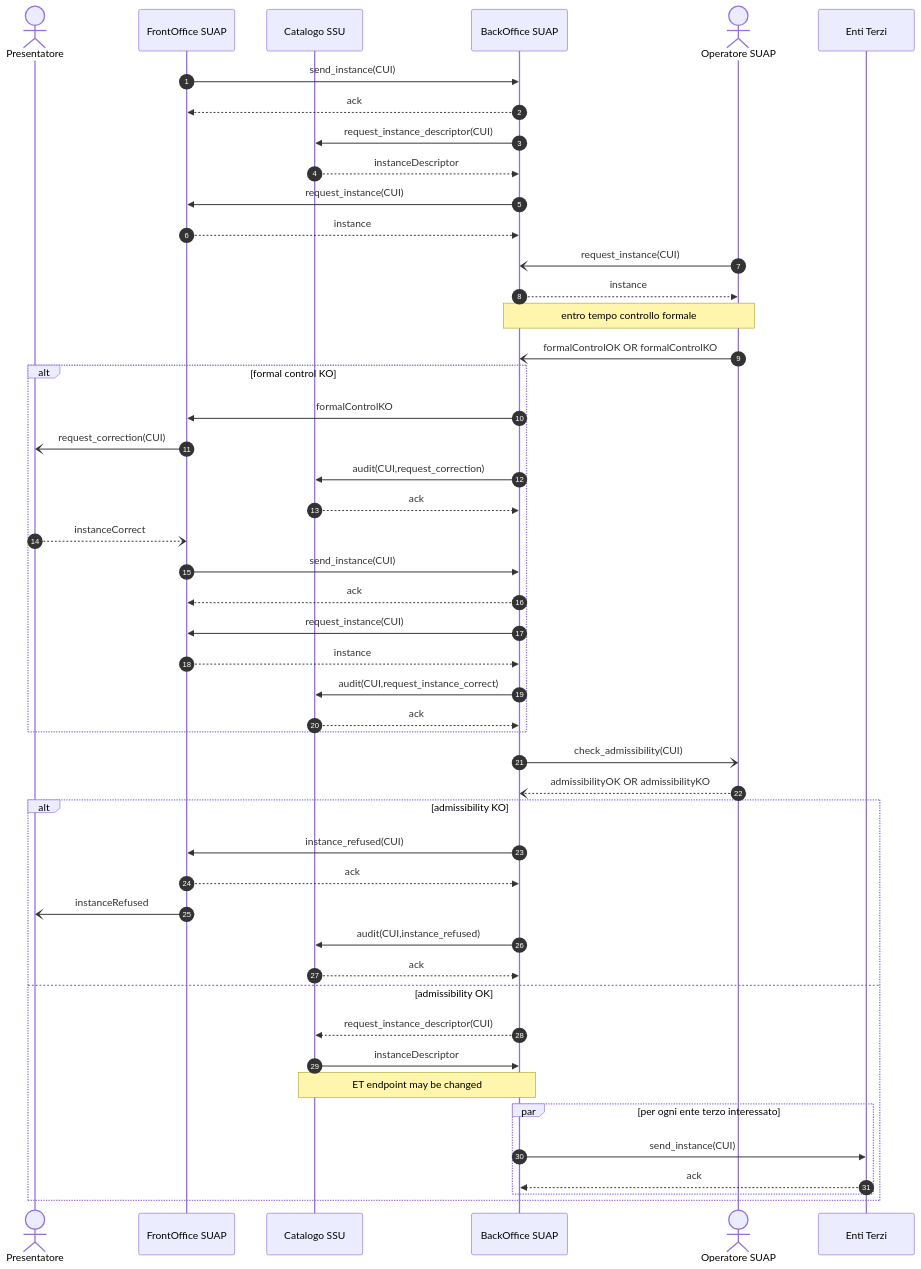
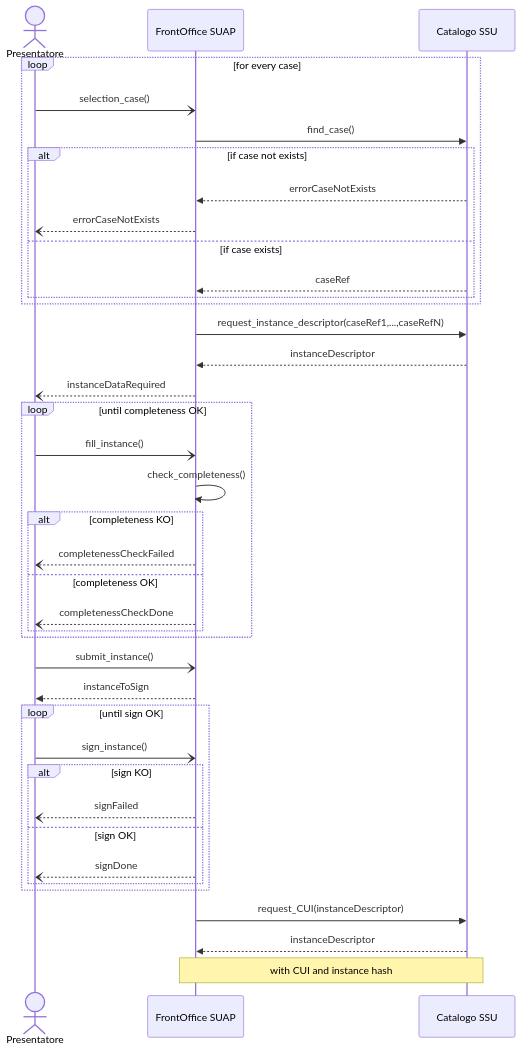
Before and after one commit to AgID/suap-gt-specifiche: the diagram in to_interoperabilita/sequence-diagram/General-001.mermaid, drawn with Mermaid. The commit also changed other lines of this file, not shown here.

Commit message:
fix content of Genaral-001.mermaid

```diff
--- a/to_interoperabilita/sequence-diagram/General-001.mermaid
+++ b/to_interoperabilita/sequence-diagram/General-001.mermaid
@@ -1,57 +1,46 @@
 sequenceDiagram
-    autonumber
+actor P as Presentatore
+participant F as FrontOffice SUAP
+participant C as Catalogo SSU   
 
-    actor P as Presentatore    
-    participant F as FrontOffice SUAP
-    participant C as Catalogo SSU    
-    participant B as BackOffice SUAP    
-    actor O as Operatore SUAP    
-    participant E as Enti Terzi    
- 
-    F ->> B: send_instance(CUI)
-    B -->> F: ack
-    B ->> C: request_instance_descriptor(CUI)
-    C -->> B: instanceDescriptor
-    B ->> F: request_instance(CUI)
-    F -->> B: instance
+    loop for every case
+     
+        P -) F: selection_case()     
+        F ->> C: find_case()
+        alt if case not exists
+            C -->> F: errorCaseNotExists
+            F --) P: errorCaseNotExists
+        else if case exists
+            C -->> F: caseRef
+            
+                         
+        end
+    end
+    F ->> C: request_instance_descriptor(caseRef1,...,caseRefN) 
+    C -->> F: instanceDescriptor
+    F --) P: instanceDataRequired
+  
+    loop  until completeness OK
+        P -) F:  fill_instance()
 
-    O -) B: request_instance(CUI)
-    B -->> O: instance
-    Note over B,O: entro tempo controllo formale
-    O -) B: formalControlOK OR formalControlKO
-
-    alt formal control KO
-        B ->> F: formalControlKO
-        F -) P: request_correction(CUI)
-        B ->> C: audit(CUI,request_correction)
-        C -->> B: ack
-        P --) F: instanceCorrect
-        F ->> B: send_instance(CUI)
-        B -->> F: ack
-        B ->> F: request_instance(CUI)
-        F -->> B: instance
-        B ->> C: audit(CUI,request_instance_correct)
-        C -->> B: ack            
+        F ->> F: check_completeness()
+        alt completeness KO
+            F --) P: completenessCheckFailed
+        else completeness OK
+            F --) P: completenessCheckDone
+        end
     end
-
-    B -) O: check_admissibility(CUI)
-    O --) B: admissibilityOK OR admissibilityKO
+    P -) F:  submit_instance()
+    F -->> P: instanceToSign
+    loop  until sign OK
+         P -) F:  sign_instance()
+         alt sign KO
+            F --) P: signFailed
+        else sign OK
+            F --) P: signDone
+        end
+    end
     
-    alt admissibility KO
-        B ->> F: instance_refused(CUI)
-        F -->> B: ack
-        F -) P: instanceRefused            
-        B ->> C: audit(CUI,instance_refused)
-        C -->> B: ack                        
-    else admissibility OK
-        B -->> C: request_instance_descriptor(CUI)
-        C ->> B: instanceDescriptor
-        Note over C,B: ET endpoint may be changed
-        par per ogni ente terzo interessato        
-            B ->> E: send_instance(CUI)
-            E -->> B: ack
-        end
-
-        
-
-end
+    F ->> C: request_CUI(instanceDescriptor)
+    C -->> F: instanceDescriptor
+    note over F,C: with CUI and instance hash
```
